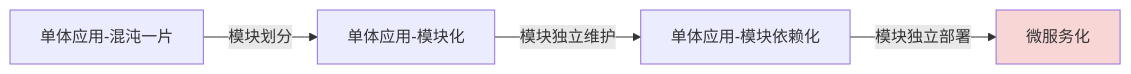
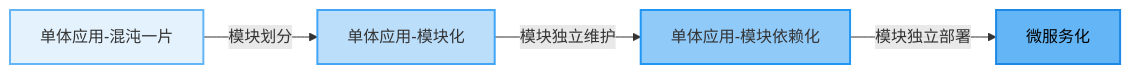
The second of 2 diagrams in README.md (hcjjj/content-share-platform), drawn with Mermaid before and after one commit. The commit also changed other lines of this file and 23 other files, not shown here.

````diff
--- a/README.md
+++ b/README.md
@@ -30,7 +35,11 @@
 ```mermaid
-graph LR;
+graph LR
+    style A fill:#E3F2FD,stroke:#64B5F6,stroke-width:2px
+    style B fill:#BBDEFB,stroke:#42A5F5,stroke-width:2px
+    style C fill:#90CAF9,stroke:#2196F3,stroke-width:2px
+    style D fill:#64B5F6,stroke:#1E88E5,stroke-width:2px,color:#000
+
     A[单体应用-混沌一片] -->|模块划分| B[单体应用-模块化]
     B -->|模块独立维护| C[单体应用-模块依赖化]
     C -->|模块独立部署| D[微服务化]
-    style D fill:#f9d6d6
 ```
````
